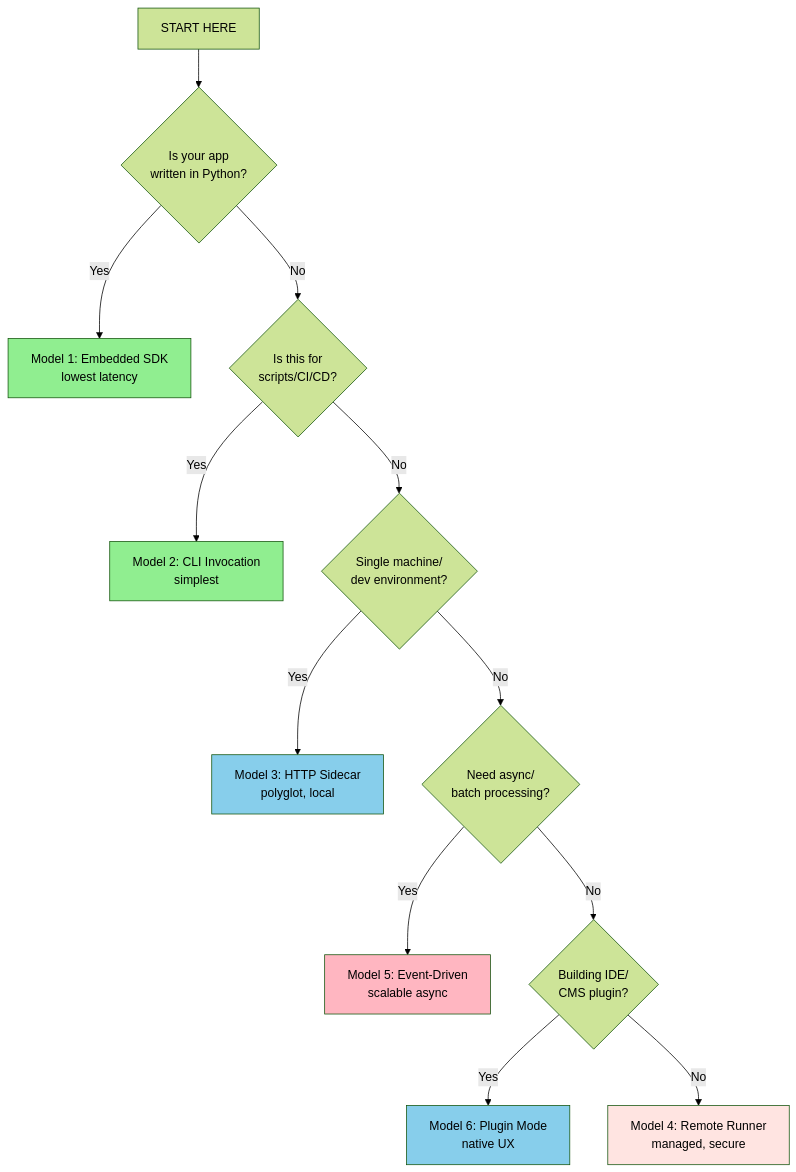
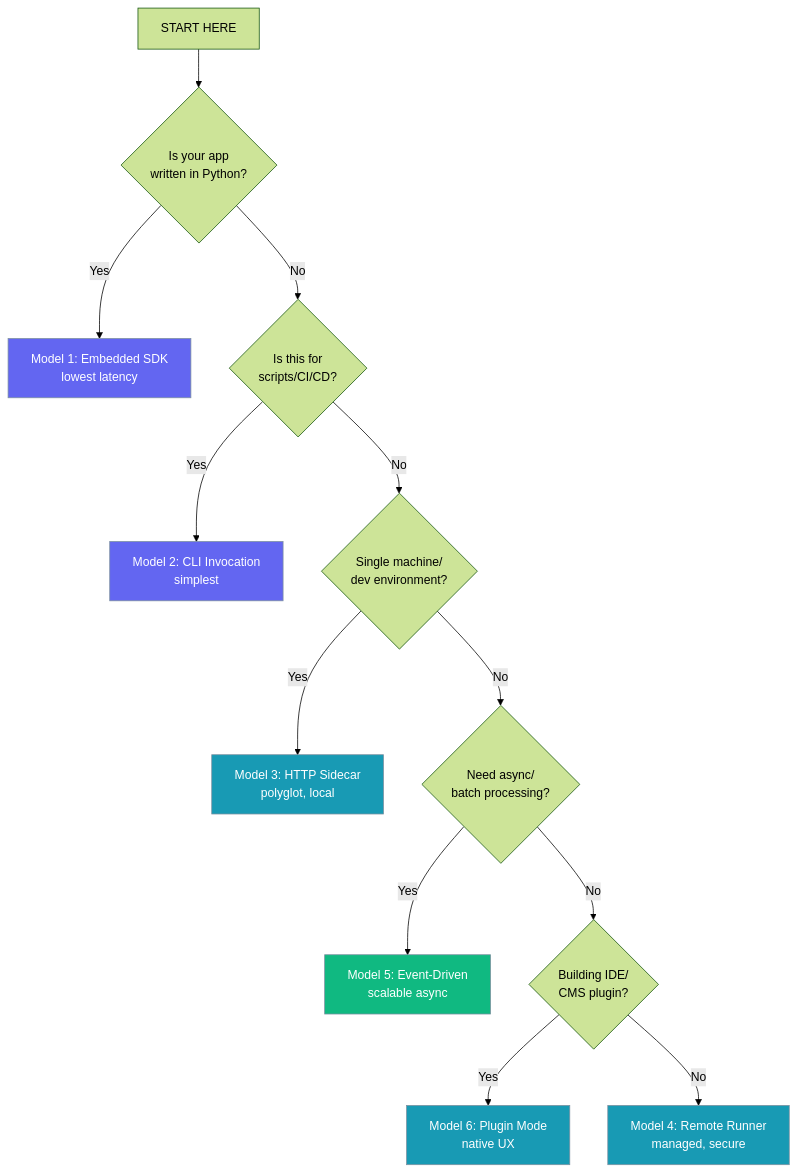
Before and after one commit to MervinPraison/PraisonAIDocs: the third of 3 diagrams in docs/guides/recipes/decision-guide.mdx, drawn with Mermaid (forest theme). The commit also changed 5 other files, not shown here.

````diff
--- a/docs/guides/recipes/decision-guide.mdx
+++ b/docs/guides/recipes/decision-guide.mdx
@@ -84,21 +84,21 @@
 ```mermaid
 flowchart TD
     A[START HERE] --> B{Is your app<br/>written in Python?}
     B -->|Yes| C[Model 1: Embedded SDK<br/>lowest latency]
     B -->|No| D{Is this for<br/>scripts/CI/CD?}
     D -->|Yes| E[Model 2: CLI Invocation<br/>simplest]
     D -->|No| F{Single machine/<br/>dev environment?}
     F -->|Yes| G[Model 3: HTTP Sidecar<br/>polyglot, local]
     F -->|No| H{Need async/<br/>batch processing?}
     H -->|Yes| I[Model 5: Event-Driven<br/>scalable async]
     H -->|No| J{Building IDE/<br/>CMS plugin?}
     J -->|Yes| K[Model 6: Plugin Mode<br/>native UX]
     J -->|No| L[Model 4: Remote Runner<br/>managed, secure]
     
-    style C fill:#90EE90
-    style E fill:#90EE90
-    style G fill:#87CEEB
-    style I fill:#FFB6C1
-    style K fill:#87CEEB
-    style L fill:#FFE4E1
+    classDef sdk fill:#6366F1,stroke:#7C90A0,color:#fff
+    classDef net fill:#189AB4,stroke:#7C90A0,color:#fff
+    classDef async fill:#10B981,stroke:#7C90A0,color:#fff
+    class C,E sdk
+    class G,K,L net
+    class I async
 ```
````
